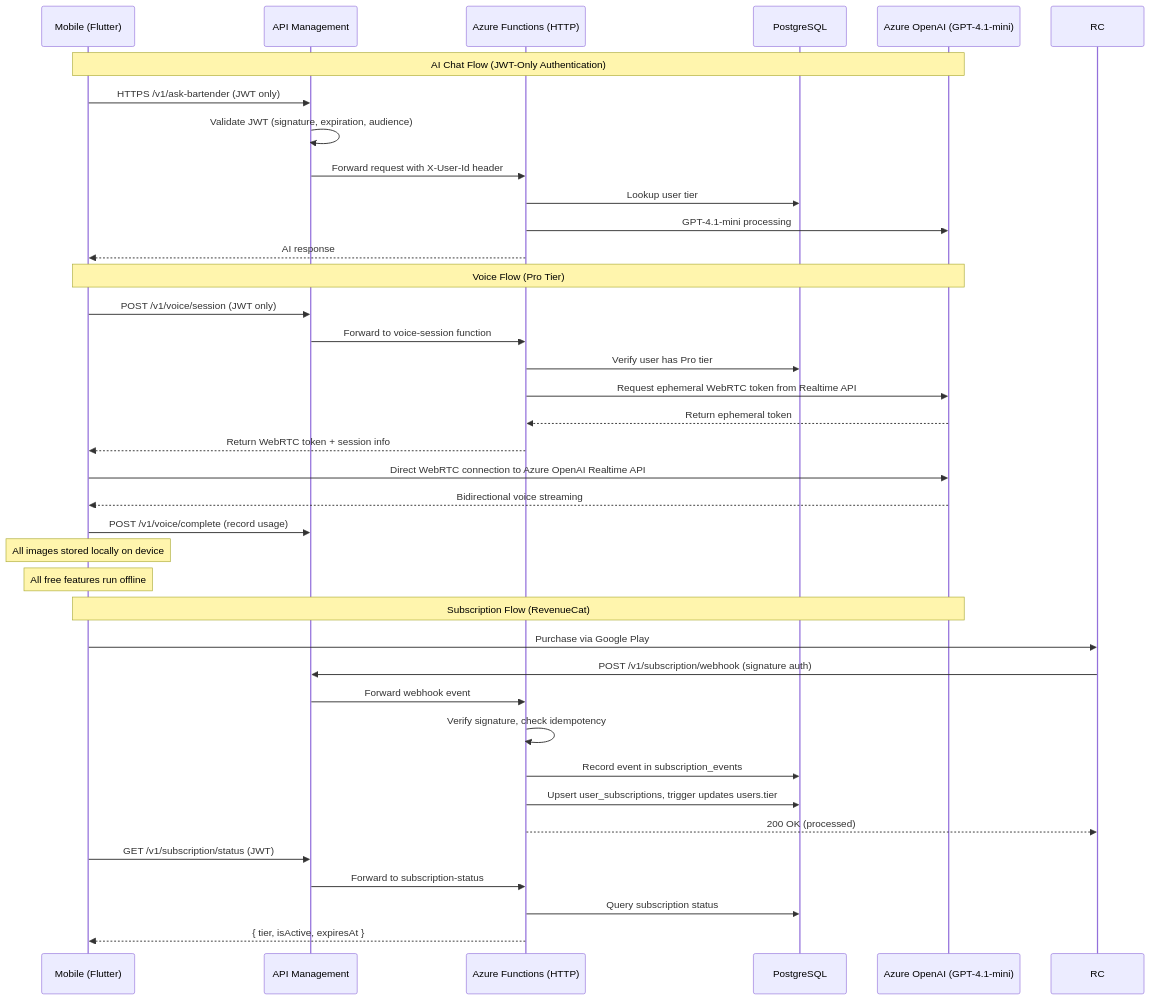
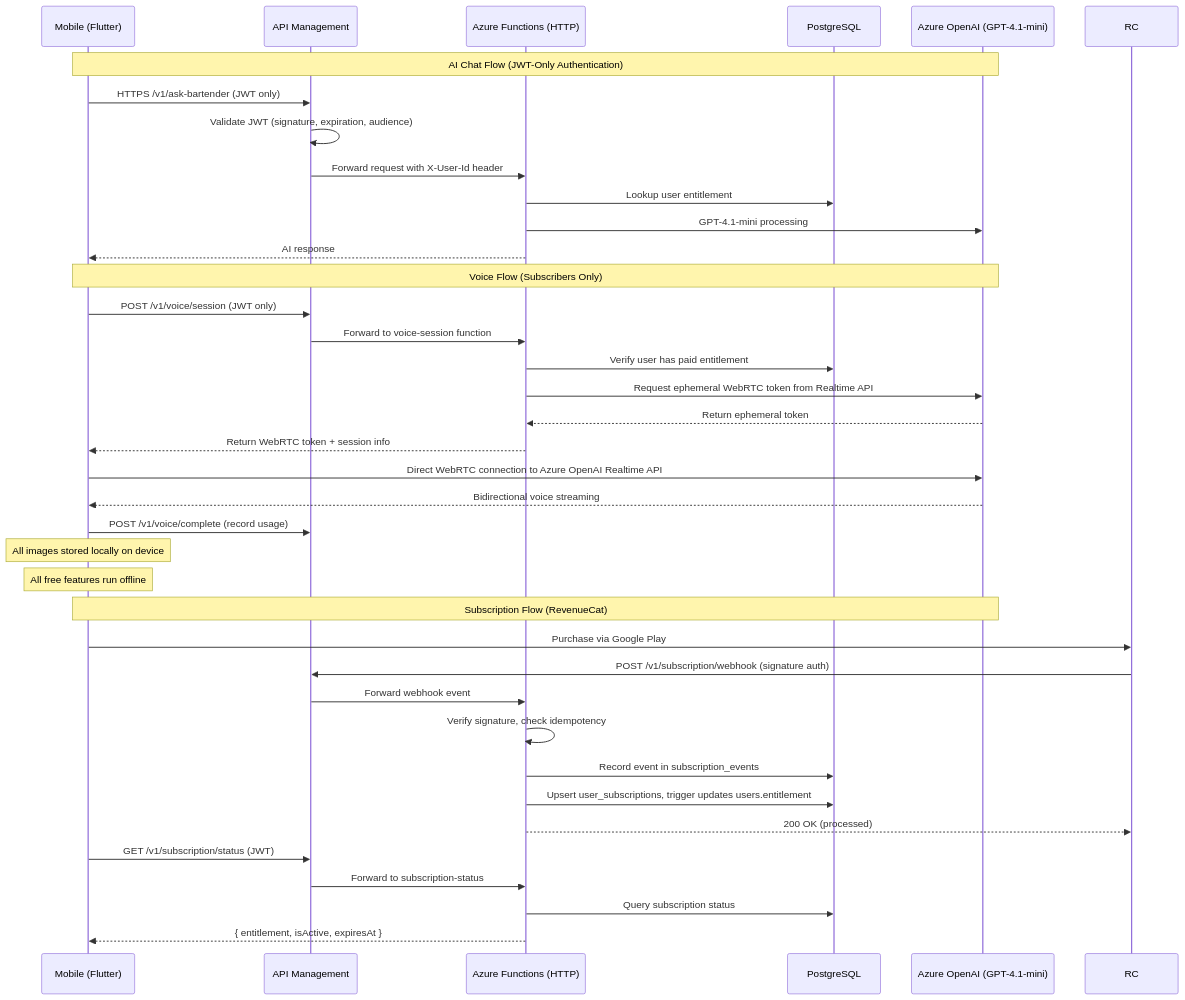
The first of 3 diagrams in docs/ARCHITECTURE.md (gwhitley1969/mybartenderAI-MVP), drawn with Mermaid before and after one commit. The commit also changed other lines of this file and 15 other files, not shown here.

First line of the commit message:
docs: Update all documentation for paid/none entitlement model

````diff
--- a/docs/ARCHITECTURE.md
+++ b/docs/ARCHITECTURE.md
@@ -89,43 +89,43 @@
 ```mermaid
 sequenceDiagram
   participant M as Mobile (Flutter)
   participant APIM as API Management
   participant F as Azure Functions (HTTP)
   participant DB as PostgreSQL
   participant AI as Azure OpenAI (GPT-4.1-mini)
 
   Note over M,AI: AI Chat Flow (JWT-Only Authentication)
   M->>APIM: HTTPS /v1/ask-bartender (JWT only)
   APIM->>APIM: Validate JWT (signature, expiration, audience)
   APIM->>F: Forward request with X-User-Id header
-  F->>DB: Lookup user tier
+  F->>DB: Lookup user entitlement
   F->>AI: GPT-4.1-mini processing
   F-->>M: AI response
 
-  Note over M,AI: Voice Flow (Pro Tier)
+  Note over M,AI: Voice Flow (Subscribers Only)
   M->>APIM: POST /v1/voice/session (JWT only)
   APIM->>F: Forward to voice-session function
-  F->>DB: Verify user has Pro tier
+  F->>DB: Verify user has paid entitlement
   F->>AI: Request ephemeral WebRTC token from Realtime API
   AI-->>F: Return ephemeral token
   F-->>M: Return WebRTC token + session info
   M->>AI: Direct WebRTC connection to Azure OpenAI Realtime API
   AI-->>M: Bidirectional voice streaming
   M->>APIM: POST /v1/voice/complete (record usage)
 
   Note over M: All images stored locally on device
   Note over M: All free features run offline
 
   Note over M,AI: Subscription Flow (RevenueCat)
   M->>RC: Purchase via Google Play
   RC->>APIM: POST /v1/subscription/webhook (signature auth)
   APIM->>F: Forward webhook event
   F->>F: Verify signature, check idempotency
   F->>DB: Record event in subscription_events
-  F->>DB: Upsert user_subscriptions, trigger updates users.tier
+  F->>DB: Upsert user_subscriptions, trigger updates users.entitlement
   F-->>RC: 200 OK (processed)
   M->>APIM: GET /v1/subscription/status (JWT)
   APIM->>F: Forward to subscription-status
   F->>DB: Query subscription status
-  F-->>M: { tier, isActive, expiresAt }
+  F-->>M: { entitlement, isActive, expiresAt }
 ```
````
